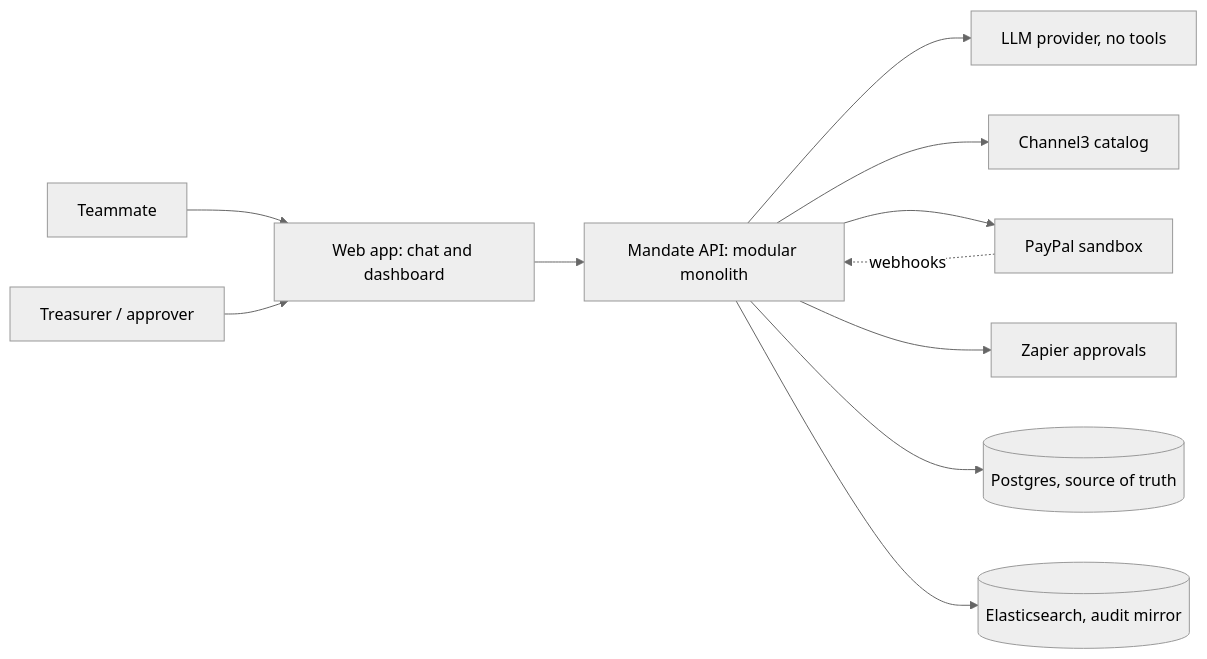
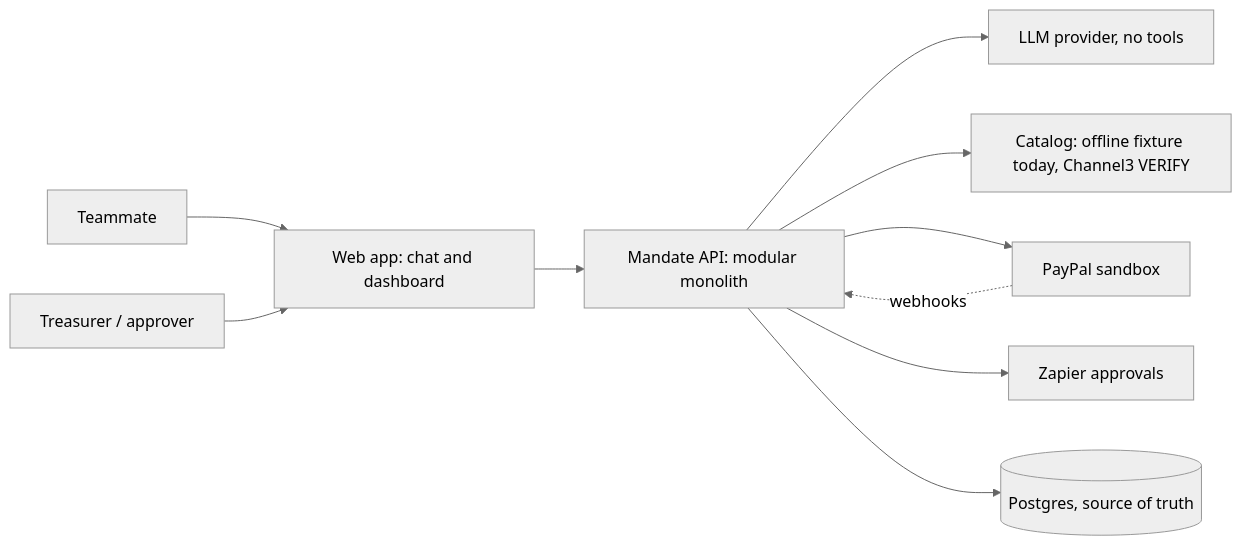
The diagram in README.md (archittmittal/Paypal), drawn with Mermaid (neutral theme) before and after one commit. The commit also changed other lines of this file and 2 other files, not shown here.

````diff
--- a/README.md
+++ b/README.md
@@ -79,13 +81,12 @@
 ```mermaid
 flowchart LR
   U["Teammate"] --> WEB["Web app: chat and dashboard"]
   T["Treasurer / approver"] --> WEB
   WEB --> API["Mandate API: modular monolith"]
   API --> LLM["LLM provider, no tools"]
-  API --> C3["Channel3 catalog"]
+  API --> C3["Catalog: offline fixture today, Channel3 VERIFY"]
   API --> PP["PayPal sandbox"]
   API --> ZAP["Zapier approvals"]
   API --> PG[("Postgres, source of truth")]
-  API --> ES[("Elasticsearch, audit mirror")]
   PP -. webhooks .-> API
 ```
````
